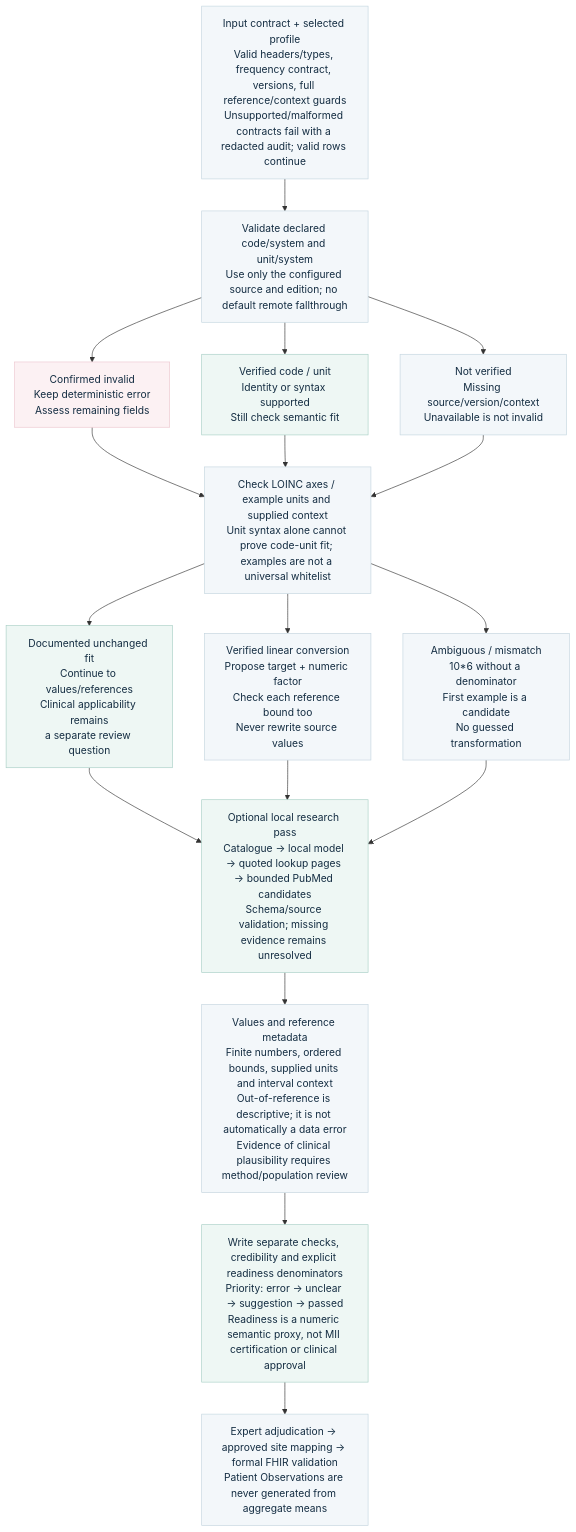
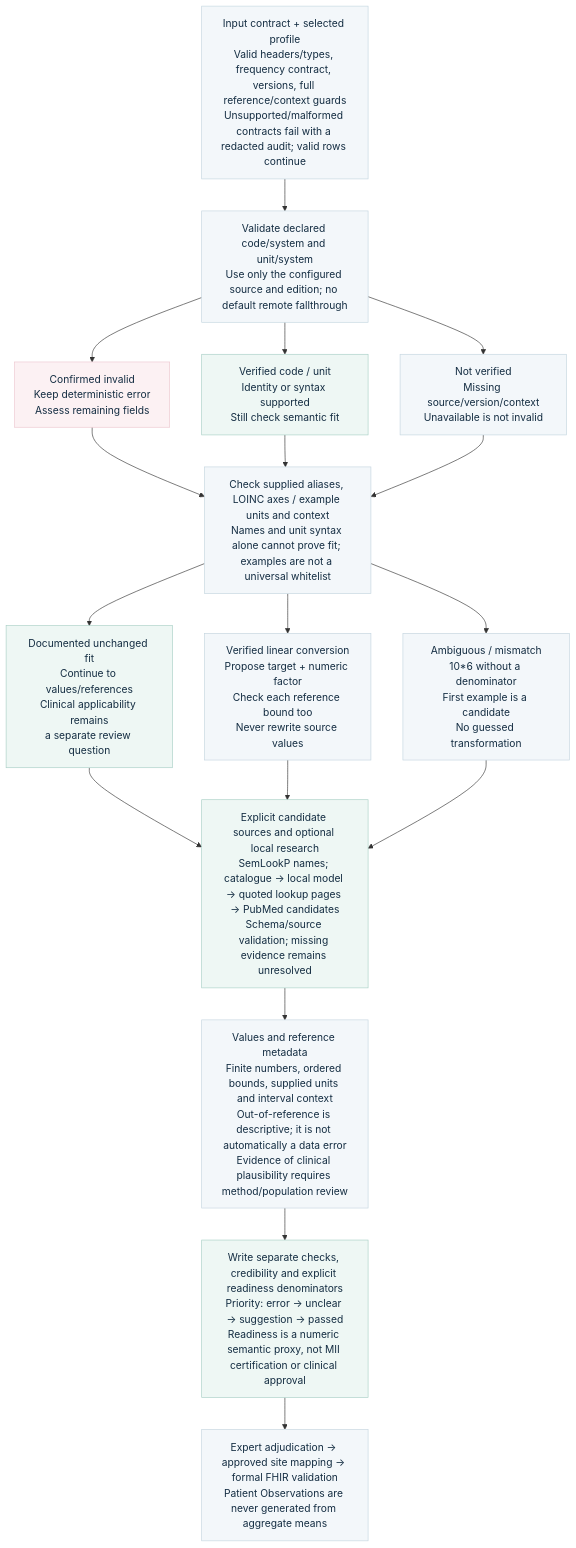
The diagram in docs/decision-flow.mmd (neumdan/semantic-plausibility), drawn with Mermaid before and after one commit. The commit also changed 43 other files, not shown here.

```diff
--- a/docs/decision-flow.mmd
+++ b/docs/decision-flow.mmd
@@ -1,37 +1,37 @@
 %% Same node/edge contract as decision-flow.svg.
 flowchart TD
     INPUT["Input contract + selected profile<br/>Valid headers/types, frequency contract, versions, full reference/context guards<br/>Unsupported/malformed contracts fail with a redacted audit; valid rows continue"]
     LOOKUP["Validate declared code/system and unit/system<br/>Use only the configured source and edition; no default remote fallthrough"]
     INVALID["Confirmed invalid<br/>Keep deterministic error<br/>Assess remaining fields"]
     KNOWN["Verified code / unit<br/>Identity or syntax supported<br/>Still check semantic fit"]
     UNKNOWN["Not verified<br/>Missing source/version/context<br/>Unavailable is not invalid"]
-    FIT["Check LOINC axes / example units and supplied context<br/>Unit syntax alone cannot prove code-unit fit; examples are not a universal whitelist"]
+    FIT["Check supplied aliases, LOINC axes / example units and context<br/>Names and unit syntax alone cannot prove fit; examples are not a universal whitelist"]
     MATCH["Documented unchanged fit<br/>Continue to values/references<br/>Clinical applicability remains<br/>a separate review question"]
     CONVERT["Verified linear conversion<br/>Propose target + numeric factor<br/>Check each reference bound too<br/>Never rewrite source values"]
     AMBIG["Ambiguous / mismatch<br/>10*6 without a denominator<br/>First example is a candidate<br/>No guessed transformation"]
-    RESEARCH["Optional local research pass<br/>Catalogue → local model → quoted lookup pages → bounded PubMed candidates<br/>Schema/source validation; missing evidence remains unresolved"]
+    RESEARCH["Explicit candidate sources and optional local research<br/>SemLookP names; catalogue → local model → quoted lookup pages → PubMed candidates<br/>Schema/source validation; missing evidence remains unresolved"]
     NUMERIC["Values and reference metadata<br/>Finite numbers, ordered bounds, supplied units and interval context<br/>Out-of-reference is descriptive; it is not automatically a data error<br/>Evidence of clinical plausibility requires method/population review"]
     OUTPUT["Write separate checks, credibility and explicit readiness denominators<br/>Priority: error → unclear → suggestion → passed<br/>Readiness is a numeric semantic proxy, not MII certification or clinical approval"]
     REVIEW["Expert adjudication → approved site mapping → formal FHIR validation<br/>Patient Observations are never generated from aggregate means"]
     INPUT --> LOOKUP
     LOOKUP --> INVALID
     LOOKUP --> KNOWN
     LOOKUP --> UNKNOWN
     INVALID --> FIT
     KNOWN --> FIT
     UNKNOWN --> FIT
     FIT --> MATCH
     FIT --> CONVERT
     FIT --> AMBIG
     MATCH --> RESEARCH
     CONVERT --> RESEARCH
     AMBIG --> RESEARCH
     RESEARCH --> NUMERIC
     NUMERIC --> OUTPUT
     OUTPUT --> REVIEW
     classDef normal fill:#f3f7fa,stroke:#c4d5df,color:#142d42
     class INPUT,LOOKUP,UNKNOWN,FIT,CONVERT,AMBIG,NUMERIC,REVIEW normal
     classDef teal fill:#eef7f4,stroke:#a8cfc6,color:#142d42
     class KNOWN,MATCH,RESEARCH,OUTPUT teal
     classDef error fill:#fcf1f3,stroke:#ecc7cf,color:#142d42
     class INVALID error
```
